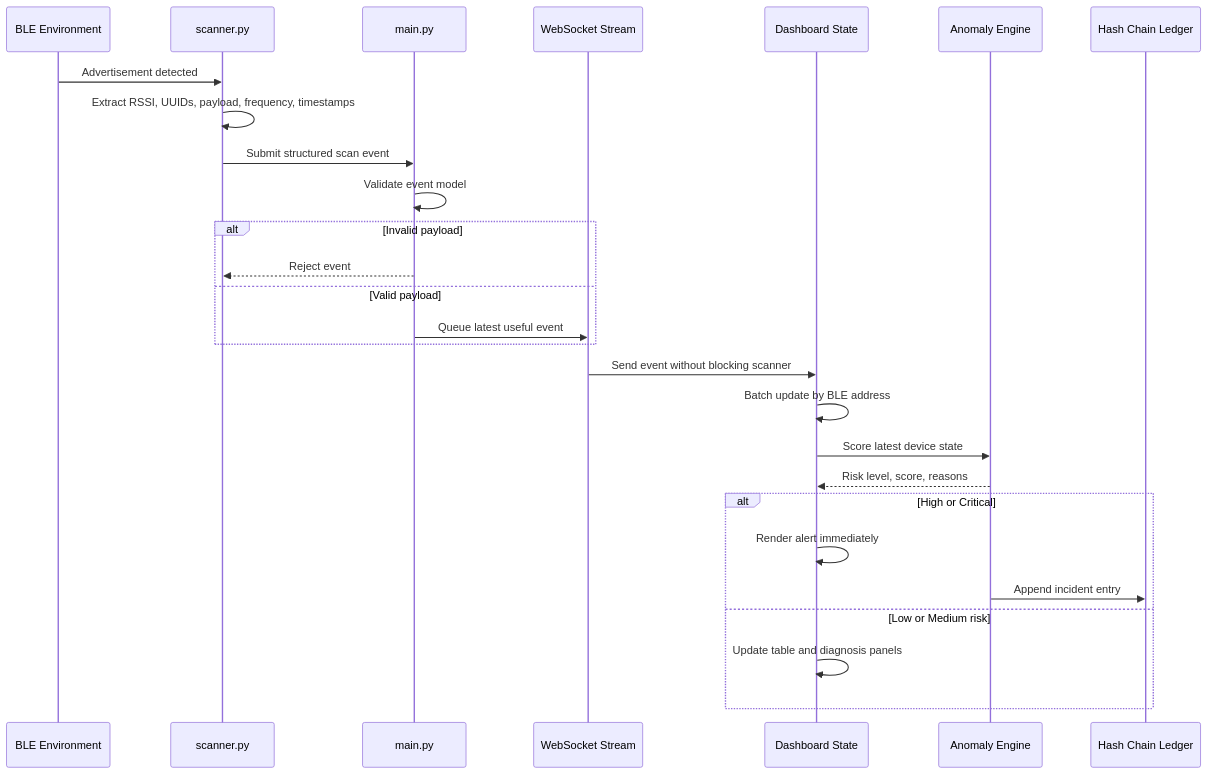
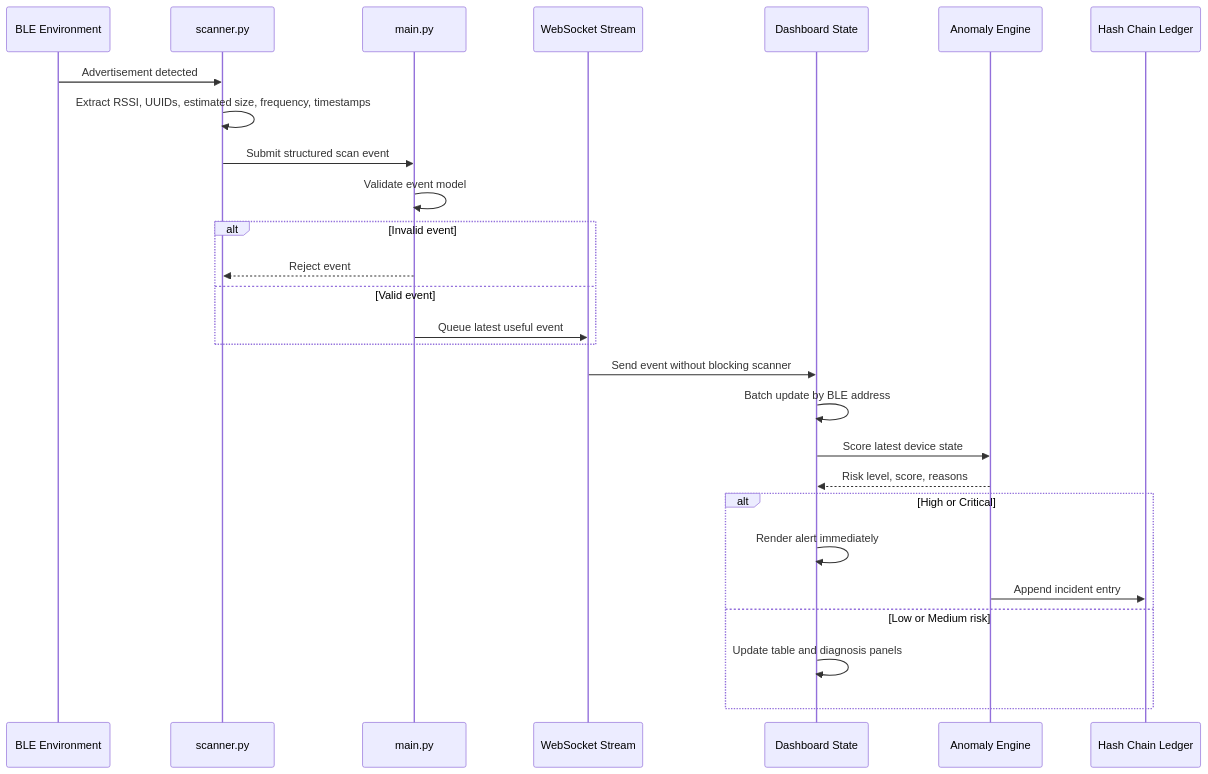
Before and after one commit to manasvi-0523/BLE_TRUST-REGISTRY: the third of 4 diagrams in README.md, drawn with Mermaid. The commit also changed other lines of this file and 20 other files, not shown here.

Commit message:
fix: align ble trust audit claims and schema

````diff
--- a/README.md
+++ b/README.md
@@ -125,30 +125,30 @@
 ```mermaid
 sequenceDiagram
     participant BLE as BLE Environment
     participant S as scanner.py
     participant API as main.py
     participant WS as WebSocket Stream
     participant UI as Dashboard State
     participant AE as Anomaly Engine
     participant HC as Hash Chain Ledger
 
     BLE->>S: Advertisement detected
-    S->>S: Extract RSSI, UUIDs, payload, frequency, timestamps
+    S->>S: Extract RSSI, UUIDs, estimated size, frequency, timestamps
     S->>API: Submit structured scan event
     API->>API: Validate event model
-    alt Invalid payload
+    alt Invalid event
         API-->>S: Reject event
-    else Valid payload
+    else Valid event
         API->>WS: Queue latest useful event
     end
     WS->>UI: Send event without blocking scanner
     UI->>UI: Batch update by BLE address
     UI->>AE: Score latest device state
     AE-->>UI: Risk level, score, reasons
     alt High or Critical
         UI->>UI: Render alert immediately
         AE->>HC: Append incident entry
     else Low or Medium risk
         UI->>UI: Update table and diagnosis panels
     end
 ```
````
